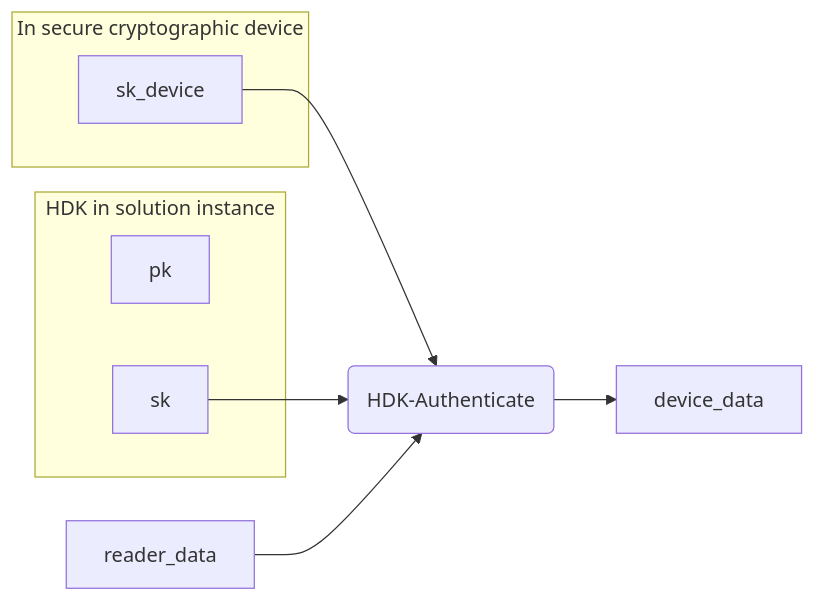
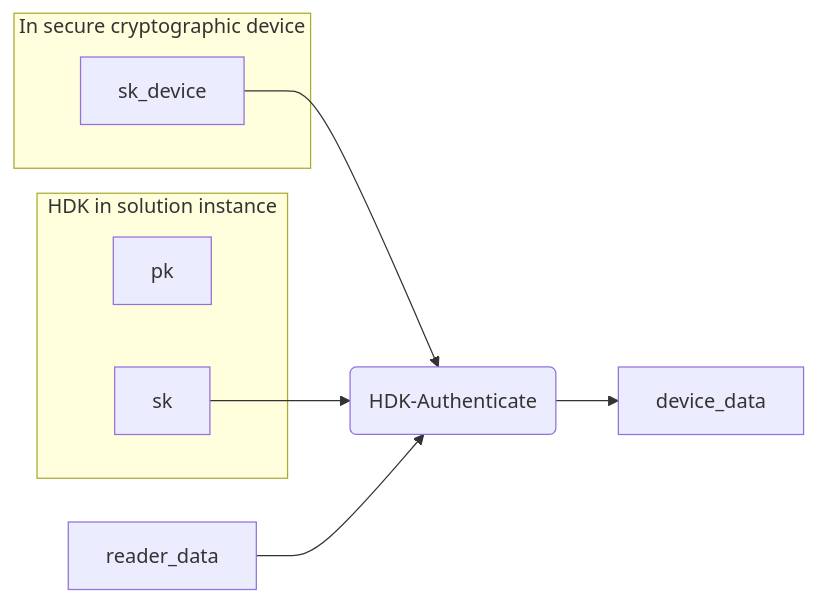
One commit to sander/hierarchical-deterministic-keys changed the second of 2 diagrams in keys.md. Above: the diagram before and after it, drawn with Mermaid. The commit also changed other lines of this file, not shown here.

Commit message:
Make Mermaid diagrams render in PDF

````diff
--- a/keys.md
+++ b/keys.md
@@ -84,14 +85,15 @@
 ```mermaid
+%%{init: {"flowchart": { "htmlLabels": false}} }%%
 flowchart LR
 subgraph In secure cryptographic device
   sk_device
 end
 subgraph HDK in solution instance
   pk
   sk
 end
 sk_device --> authenticate
 sk --> authenticate
 reader_data --> authenticate
 authenticate("HDK-Authenticate") --> device_data
 ```
````
